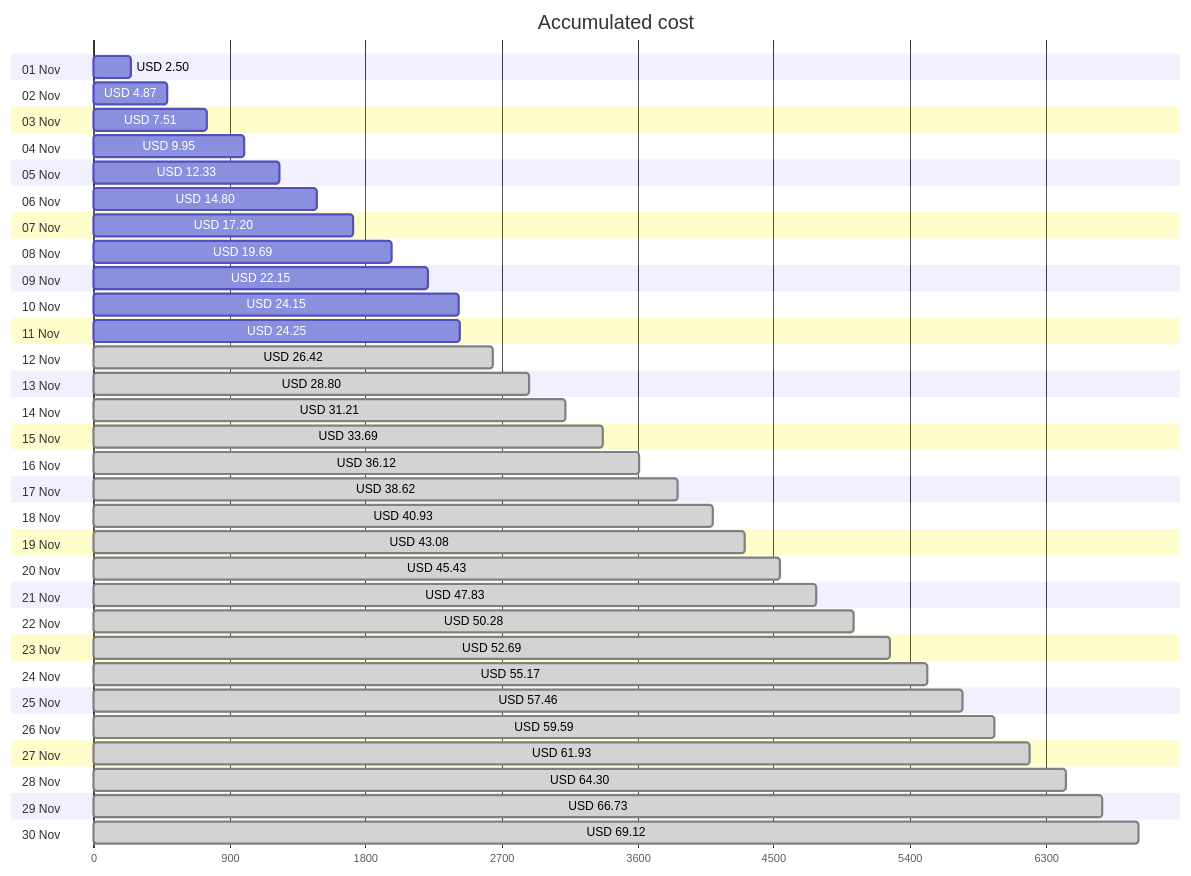
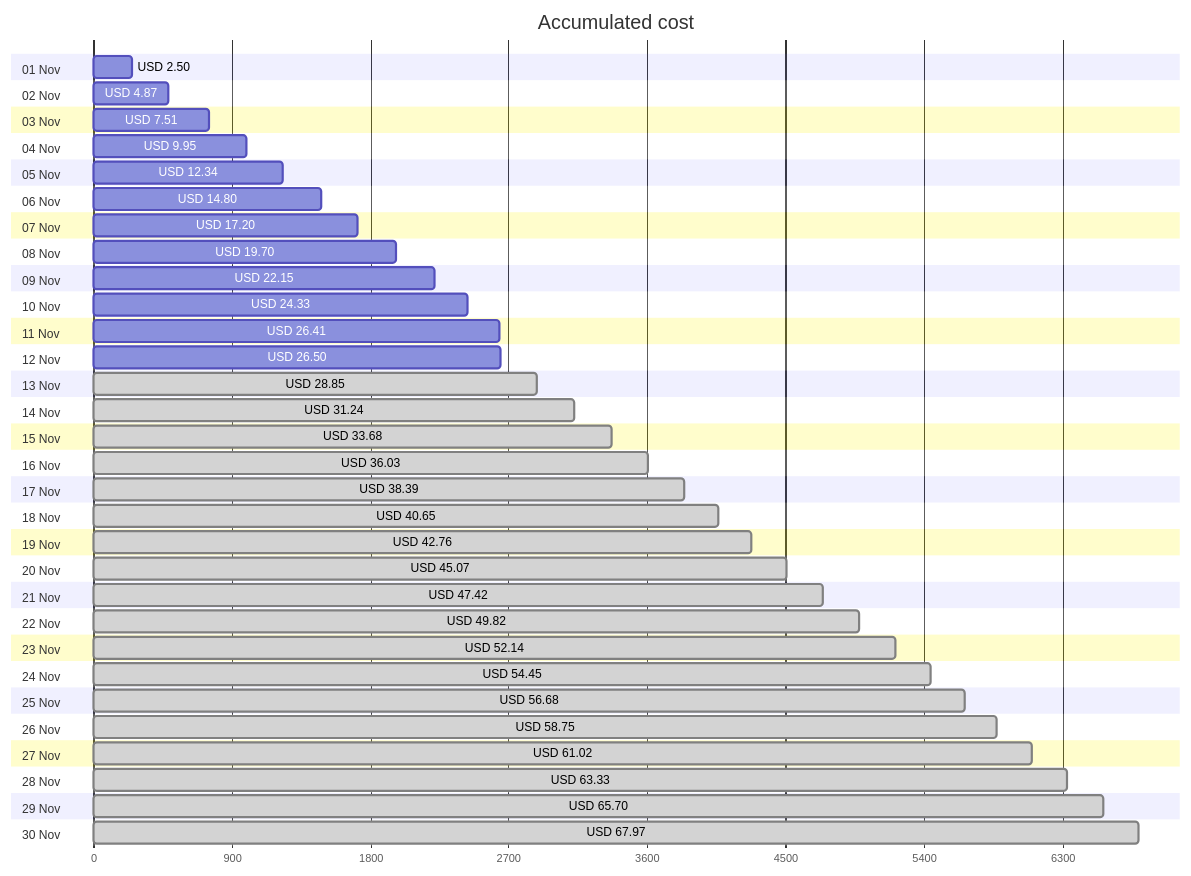
Before and after one commit to jpfulton/azure-personal-reports: the first of 4 diagrams in cost-reports/accumulated-cost.md, drawn with Mermaid. The commit also changed other lines of this file and 4 other files, not shown here.

````diff
--- a/cost-reports/accumulated-cost.md
+++ b/cost-reports/accumulated-cost.md
@@ -20,66 +20,66 @@
 ```mermaid
 gantt
    title Accumulated cost
    dateFormat  X
    axisFormat %s
    section 01 Nov
    USD 2.50 :0, 250
    section 02 Nov
    USD 4.87 :0, 487
    section 03 Nov
    USD 7.51 :0, 751
    section 04 Nov
    USD 9.95 :0, 995
    section 05 Nov
-   USD 12.33 :0, 1233
+   USD 12.34 :0, 1234
    section 06 Nov
    USD 14.80 :0, 1480
    section 07 Nov
    USD 17.20 :0, 1720
    section 08 Nov
-   USD 19.69 :0, 1969
+   USD 19.70 :0, 1970
    section 09 Nov
    USD 22.15 :0, 2215
    section 10 Nov
-   USD 24.15 :0, 2415
+   USD 24.33 :0, 2433
    section 11 Nov
-   USD 24.25 :0, 2425
+   USD 26.41 :0, 2641
    section 12 Nov
-   USD 26.42 : done, 0, 2642
+   USD 26.50 :0, 2650
    section 13 Nov
-   USD 28.80 : done, 0, 2880
+   USD 28.85 : done, 0, 2885
    section 14 Nov
-   USD 31.21 : done, 0, 3121
+   USD 31.24 : done, 0, 3124
    section 15 Nov
-   USD 33.69 : done, 0, 3369
+   USD 33.68 : done, 0, 3368
    section 16 Nov
-   USD 36.12 : done, 0, 3612
+   USD 36.03 : done, 0, 3603
    section 17 Nov
-   USD 38.62 : done, 0, 3862
+   USD 38.39 : done, 0, 3839
    section 18 Nov
-   USD 40.93 : done, 0, 4093
+   USD 40.65 : done, 0, 4065
    section 19 Nov
-   USD 43.08 : done, 0, 4308
+   USD 42.76 : done, 0, 4276
    section 20 Nov
-   USD 45.43 : done, 0, 4543
+   USD 45.07 : done, 0, 4507
    section 21 Nov
-   USD 47.83 : done, 0, 4783
+   USD 47.42 : done, 0, 4742
    section 22 Nov
-   USD 50.28 : done, 0, 5028
+   USD 49.82 : done, 0, 4982
    section 23 Nov
-   USD 52.69 : done, 0, 5269
+   USD 52.14 : done, 0, 5214
    section 24 Nov
-   USD 55.17 : done, 0, 5517
+   USD 54.45 : done, 0, 5445
    section 25 Nov
-   USD 57.46 : done, 0, 5746
+   USD 56.68 : done, 0, 5668
    section 26 Nov
-   USD 59.59 : done, 0, 5959
+   USD 58.75 : done, 0, 5875
    section 27 Nov
-   USD 61.93 : done, 0, 6193
+   USD 61.02 : done, 0, 6102
    section 28 Nov
-   USD 64.30 : done, 0, 6430
+   USD 63.33 : done, 0, 6333
    section 29 Nov
-   USD 66.73 : done, 0, 6673
+   USD 65.70 : done, 0, 6570
    section 30 Nov
-   USD 69.12 : done, 0, 6912
+   USD 67.97 : done, 0, 6797
 ```
````
